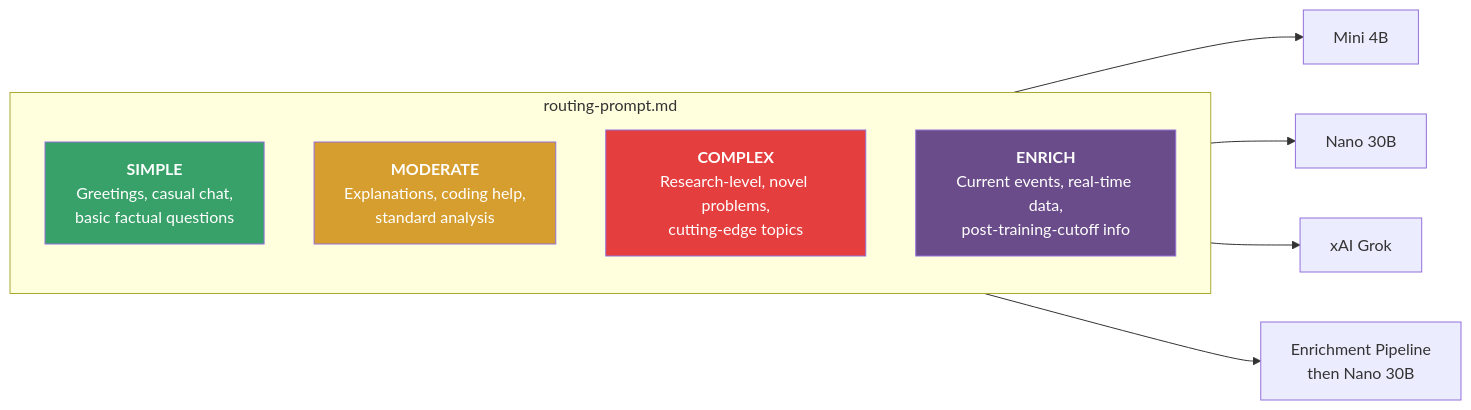
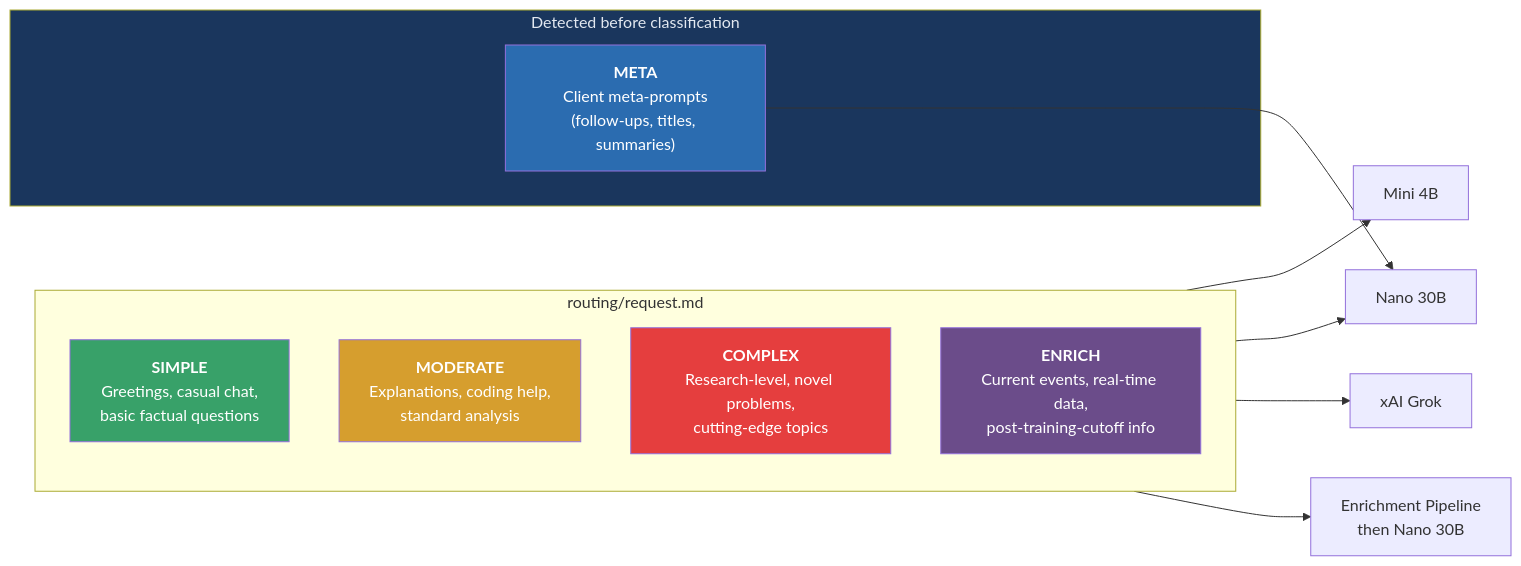
The third of 4 diagrams in docs/architecture.md (nominalgeek/ai-router), drawn with Mermaid before and after one commit. The commit also changed other lines of this file and 3 other files, not shown here.

````diff
--- a/docs/architecture.md
+++ b/docs/architecture.md
@@ -90,20 +98,27 @@
 ```mermaid
 flowchart LR
-    subgraph Classification["routing-prompt.md"]
+    subgraph Classification["routing/request.md"]
         direction TB
         S["<b>SIMPLE</b><br/>Greetings, casual chat,<br/>basic factual questions"]
         M["<b>MODERATE</b><br/>Explanations, coding help,<br/>standard analysis"]
         C["<b>COMPLEX</b><br/>Research-level, novel problems,<br/>cutting-edge topics"]
         E["<b>ENRICH</b><br/>Current events, real-time data,<br/>post-training-cutoff info"]
     end
 
+    subgraph Heuristic["Detected before classification"]
+        META["<b>META</b><br/>Client meta-prompts<br/>(follow-ups, titles, summaries)"]
+    end
+
     S --> Mini["Mini 4B"]
     M --> Primary["Nano 30B"]
     C --> XAI["xAI Grok"]
     E --> Enrichment["Enrichment Pipeline<br/>then Nano 30B"]
+    META --> Primary
 
     style S fill:#38a169,color:#fff
     style M fill:#d69e2e,color:#fff
     style C fill:#e53e3e,color:#fff
     style E fill:#6b4c8a,color:#fff
+    style META fill:#2b6cb0,color:#fff
+    style Heuristic fill:#1a365d,color:#e2e8f0
 ```
````
